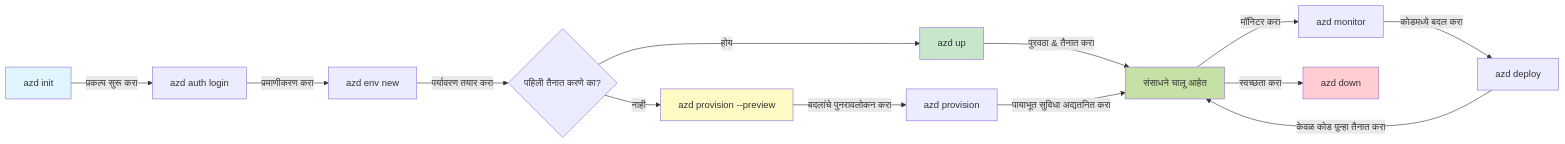
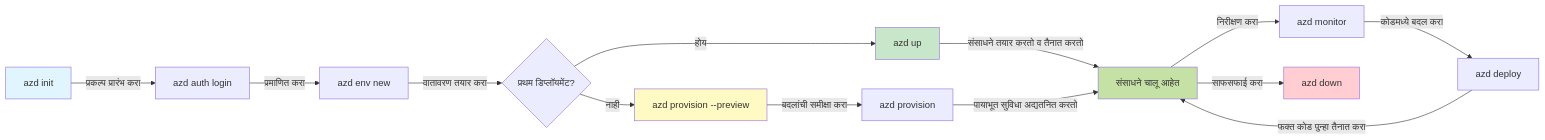
Before and after one commit to microsoft/AZD-for-beginners: the first of 2 diagrams in translations/mr/docs/chapter-01-foundation/azd-basics.md, drawn with Mermaid. The commit also changed other lines of this file and 1 other file, not shown here.

````diff
--- a/translations/mr/docs/chapter-01-foundation/azd-basics.md
+++ b/translations/mr/docs/chapter-01-foundation/azd-basics.md
@@ -269,21 +269,21 @@
 ```mermaid
 graph LR
-    A[azd init] -->|प्रकल्प सुरू करा| B[azd auth login]
-    B -->|प्रमाणीकरण करा| C[azd env new]
-    C -->|पर्यावरण तयार करा| D{पहिली तैनात करणे का?}
+    A[azd init] -->|प्रकल्प प्रारंभ करा| B[azd auth login]
+    B -->|प्रमाणित करा| C[azd env new]
+    C -->|वातावरण तयार करा| D{प्रथम डिप्लॉयमेंट?}
     D -->|होय| E[azd up]
     D -->|नाही| F[azd provision --preview]
-    F -->|बदलांचे पुनरावलोकन करा| G[azd provision]
-    E -->|पुरवठा & तैनात करा| H[संसाधने चालू आहेत]
-    G -->|पायाभूत सुविधा अद्यतनित करा| H
-    H -->|मॉनिटर करा| I[azd monitor]
+    F -->|बदलांची समीक्षा करा| G[azd provision]
+    E -->|संसाधने तयार करतो व तैनात करतो| H[संसाधने चालू आहेत]
+    G -->|पायाभूत सुविधा अद्यतनित करतो| H
+    H -->|निरीक्षण करा| I[azd monitor]
     I -->|कोडमध्ये बदल करा| J[azd deploy]
-    J -->|केवळ कोड पुन्हा तैनात करा| H
-    H -->|स्वच्छता करा| K[azd down]
+    J -->|फक्त कोड पुन्हा तैनात करा| H
+    H -->|साफसफाई करा| K[azd down]
     
     style A fill:#e1f5fe
     style E fill:#c8e6c9
     style F fill:#fff9c4
     style H fill:#c5e1a5
     style K fill:#ffcdd2
 ```
````
